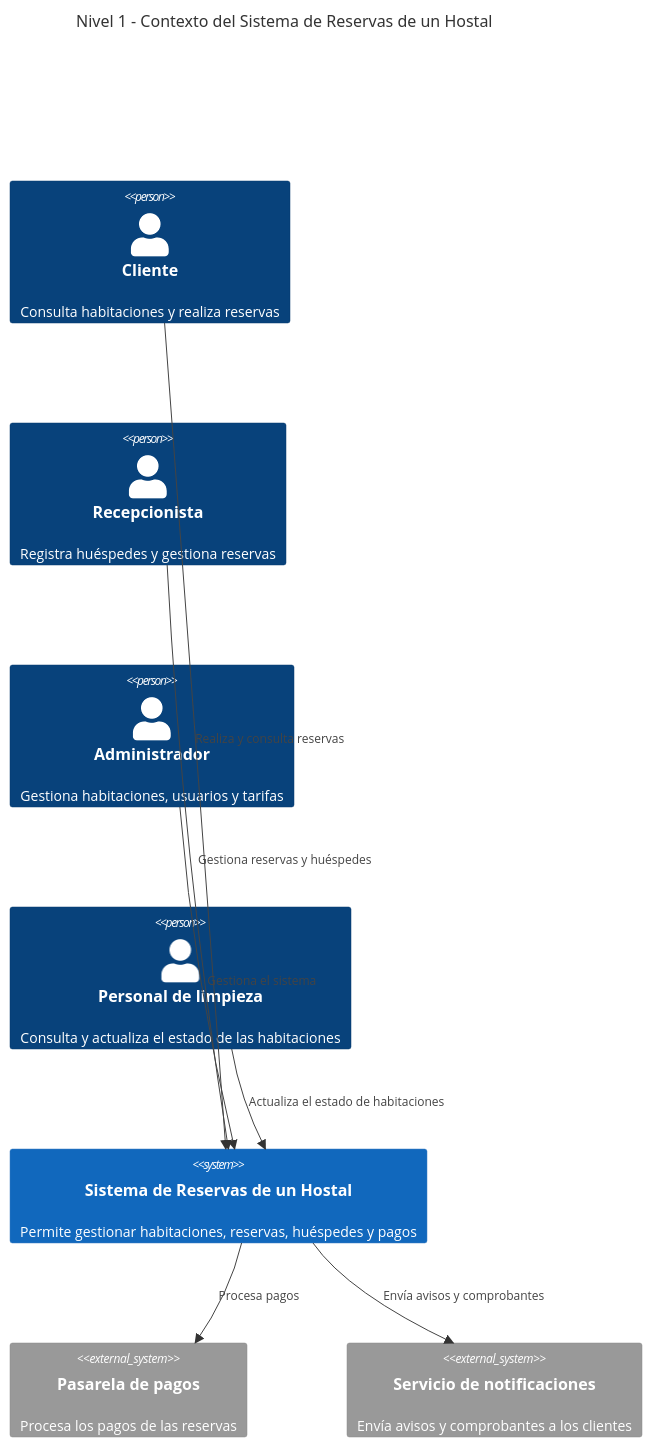
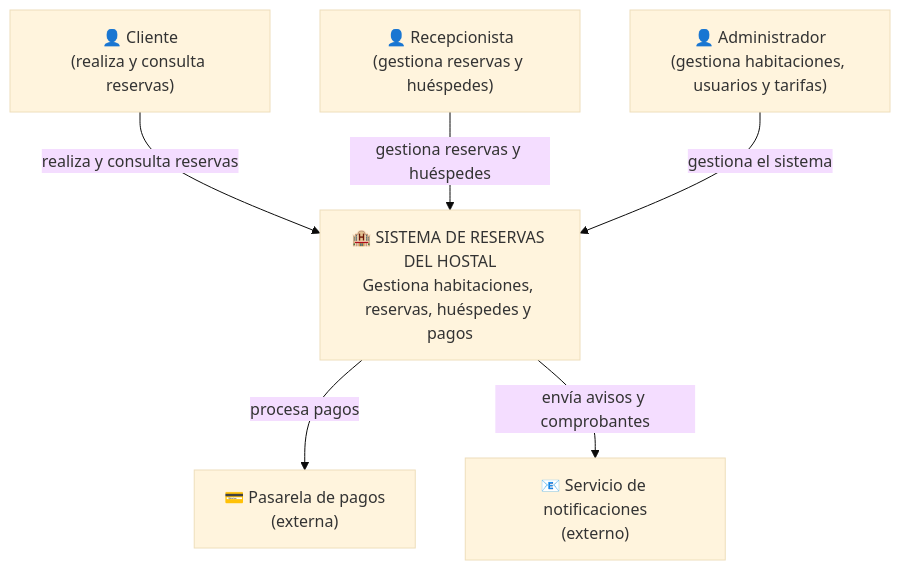
Before and after one commit to gonzaloe827-droid/expediente-arg-Exequiel: the diagram in practicas/h4/README.md, drawn with Mermaid (base theme). The commit also changed other lines of this file, not shown here.

First line of the commit message:
Revise README for hostel reservation system details

````diff
--- a/practicas/h4/README.md
+++ b/practicas/h4/README.md
@@ -8,23 +8,26 @@
 ```mermaid
-C4Context
+flowchart TB
 
-title Nivel 1 - Contexto del Sistema de Reservas de un Hostal
+cliente["👤 Cliente<br>(realiza y consulta reservas)"]
 
-Person(cliente, "Cliente", "Consulta habitaciones y realiza reservas")
-Person(recepcionista, "Recepcionista", "Registra huéspedes y gestiona reservas")
-Person(administrador, "Administrador", "Gestiona habitaciones, usuarios y tarifas")
-Person(limpieza, "Personal de limpieza", "Consulta y actualiza el estado de las habitaciones")
+recepcionista["👤 Recepcionista<br>(gestiona reservas y huéspedes)"]
 
-System(sistema, "Sistema de Reservas de un Hostal", "Permite gestionar habitaciones, reservas, huéspedes y pagos")
+administrador["👤 Administrador<br>(gestiona habitaciones, usuarios y tarifas)"]
 
-System_Ext(pagos, "Pasarela de pagos", "Procesa los pagos de las reservas")
-System_Ext(notificaciones, "Servicio de notificaciones", "Envía avisos y comprobantes a los clientes")
+sistema["🏨 SISTEMA DE RESERVAS DEL HOSTAL<br>Gestiona habitaciones, reservas, huéspedes y pagos"]
 
-Rel(cliente, sistema, "Realiza y consulta reservas")
-Rel(recepcionista, sistema, "Gestiona reservas y huéspedes")
-Rel(administrador, sistema, "Gestiona el sistema")
-Rel(limpieza, sistema, "Actualiza el estado de habitaciones")
+pasarela["💳 Pasarela de pagos<br>(externa)"]
 
-Rel(sistema, pagos, "Procesa pagos")
-Rel(sistema, notificaciones, "Envía avisos y comprobantes")
+notificaciones["📧 Servicio de notificaciones<br>(externo)"]
+
+
+cliente -->|"realiza y consulta reservas"| sistema
+
+recepcionista -->|"gestiona reservas y huéspedes"| sistema
+
+administrador -->|"gestiona el sistema"| sistema
+
+sistema -->|"procesa pagos"| pasarela
+
+sistema -->|"envía avisos y comprobantes"| notificaciones
 ```
````
